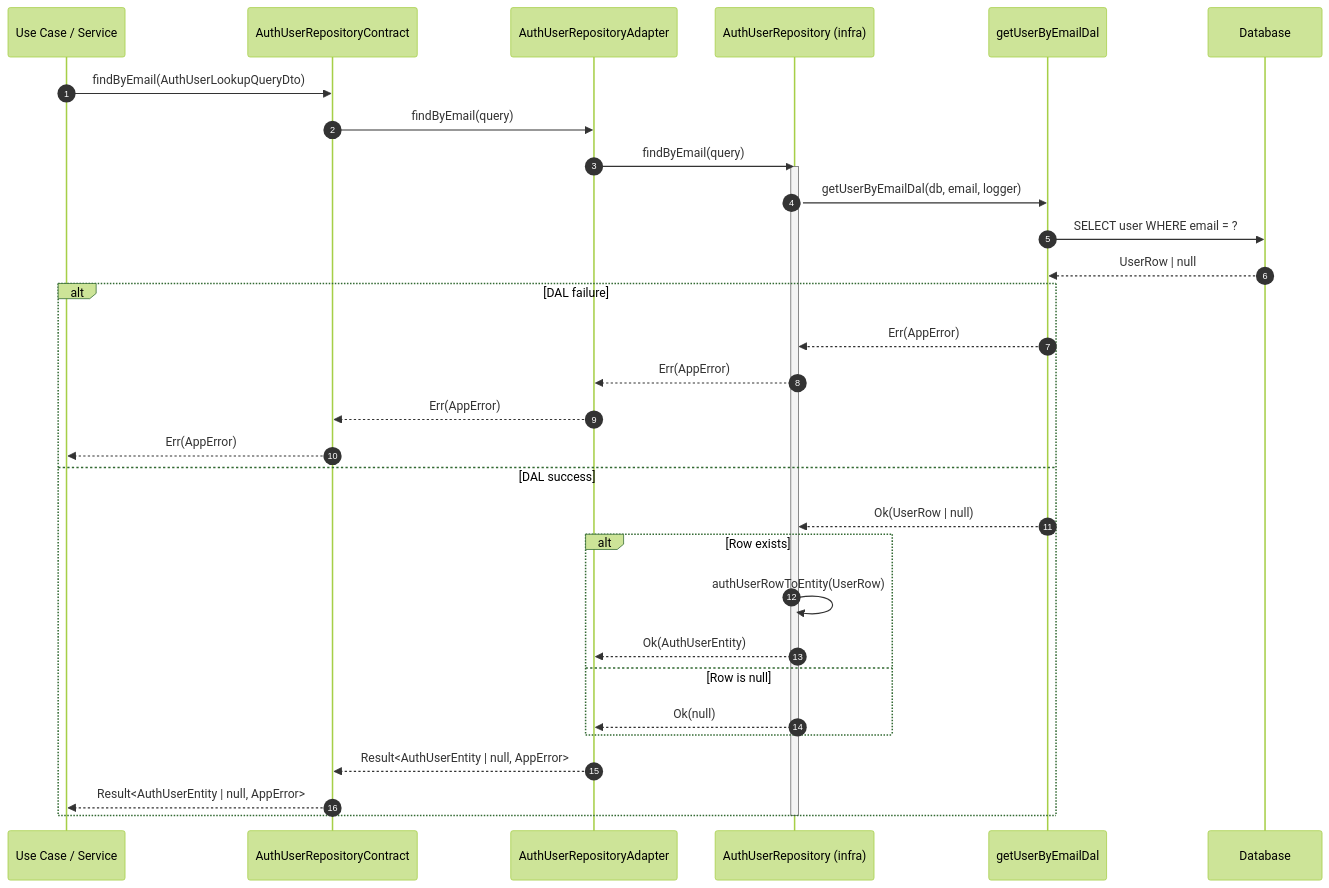
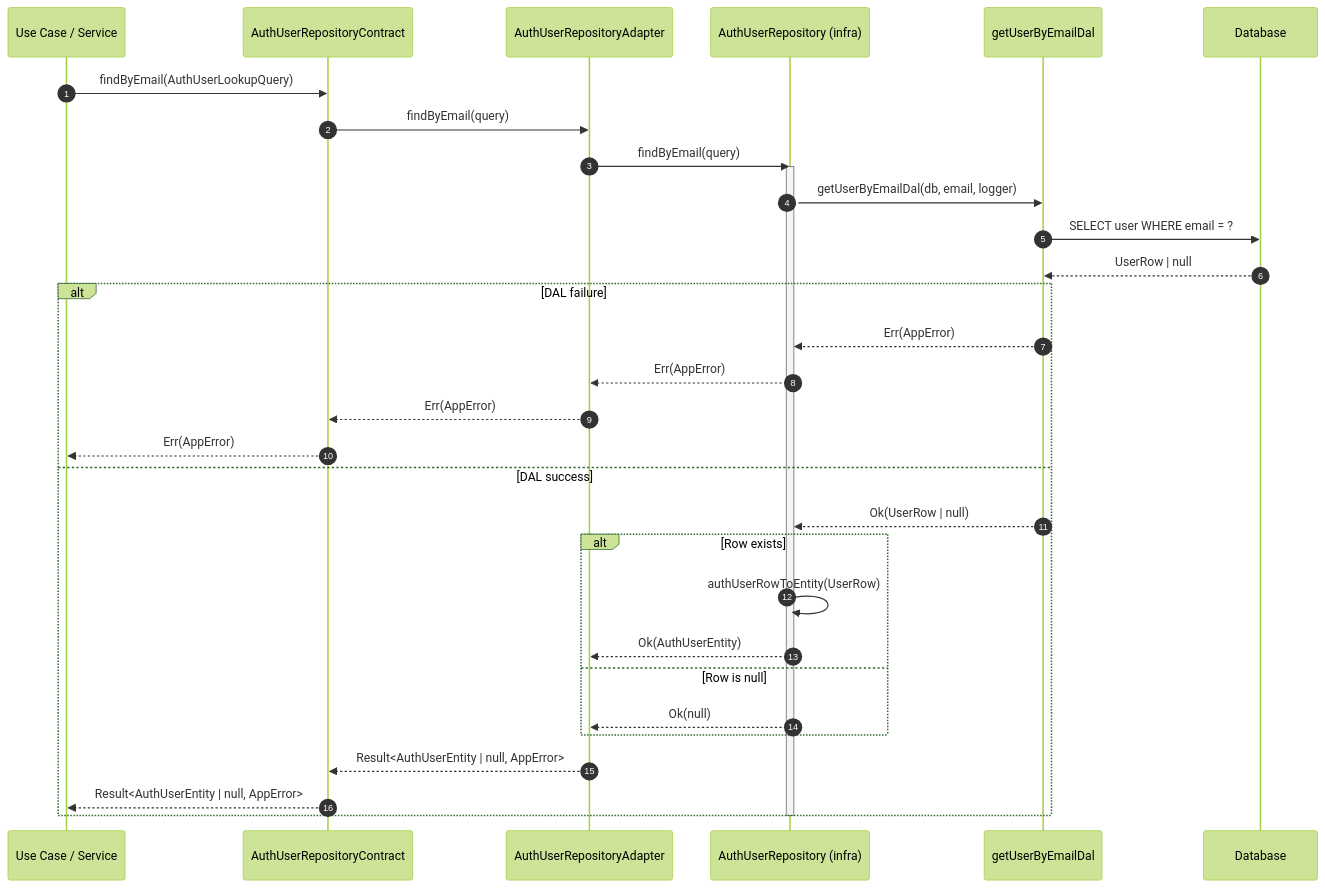
Before and after one commit to andrewpetersondev/nextjs-dashboard: the fifth of 6 diagrams in src/modules/auth/notes/sequence-diagrams.md, drawn with Mermaid (forest theme). The commit also changed other lines of this file and 22 other files, not shown here.

Commit message:
refactored auth workflows to use command objects, standardized DTO naming conventions, and updated related mappers, adapters, and references

````diff
--- a/src/modules/auth/notes/sequence-diagrams.md
+++ b/src/modules/auth/notes/sequence-diagrams.md
@@ -201,44 +205,44 @@
 ```mermaid
 sequenceDiagram
   autonumber
 
   participant UC as Use Case / Service
   participant PORT as AuthUserRepositoryContract
   participant AD as AuthUserRepositoryAdapter
   participant REPO as AuthUserRepository (infra)
   participant DAL as getUserByEmailDal
   participant DB as Database
 
-  UC->>PORT: findByEmail(AuthUserLookupQueryDto)
+  UC->>PORT: findByEmail(AuthUserLookupQuery)
 
   PORT->>AD: findByEmail(query)
   AD->>REPO: findByEmail(query)
 
   activate REPO
 
   REPO->>DAL: getUserByEmailDal(db, email, logger)
 
   DAL->>DB: SELECT user WHERE email = ?
   DB-->>DAL: UserRow | null
 
   alt DAL failure
     DAL-->>REPO: Err(AppError)
     REPO-->>AD: Err(AppError)
     AD-->>PORT: Err(AppError)
     PORT-->>UC: Err(AppError)
   else DAL success
     DAL-->>REPO: Ok(UserRow | null)
 
     alt Row exists
       REPO->>REPO: authUserRowToEntity(UserRow)
       REPO-->>AD: Ok(AuthUserEntity)
     else Row is null
       REPO-->>AD: Ok(null)
     end
 
     AD-->>PORT: Result<AuthUserEntity | null, AppError>
     PORT-->>UC: Result<AuthUserEntity | null, AppError>
   end
 
   deactivate REPO
 ```
````
